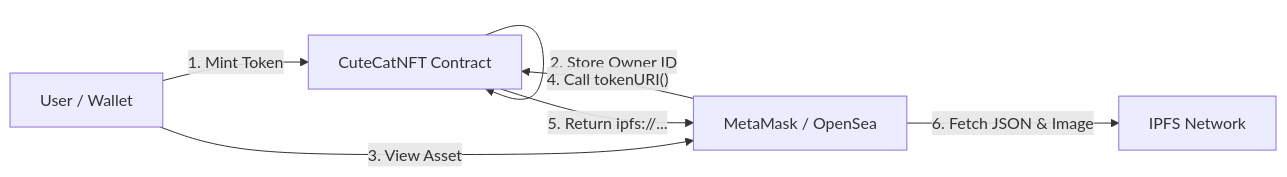
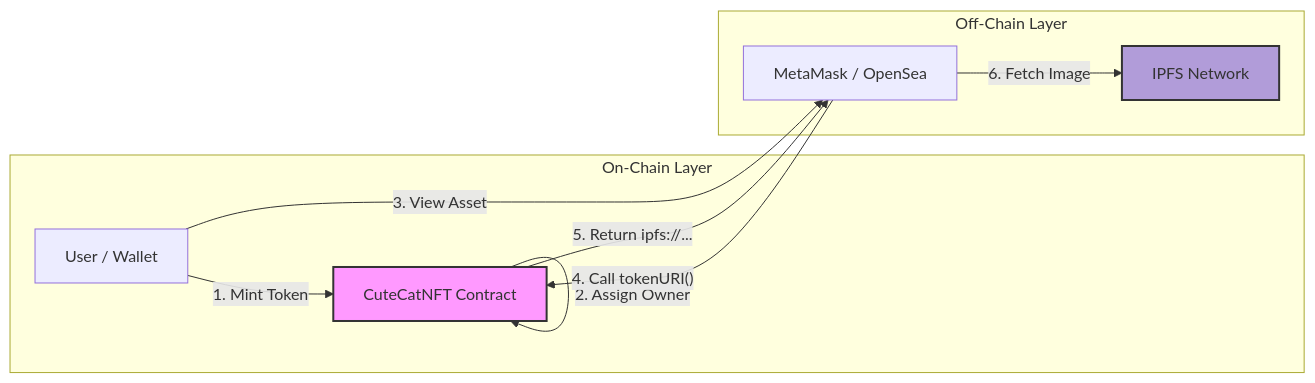
The diagram in README.md (NexTechArchitect/ERC721-Advanced-IPFS-NFT), drawn with Mermaid before and after one commit. The commit also changed other lines of this file, not shown here.

````diff
--- a/README.md
+++ b/README.md
@@ -50,16 +55,23 @@
 ```mermaid
 graph LR
     User["User / Wallet"]
     Contract["CuteCatNFT Contract"]
     IPFS["IPFS Network"]
     Display["MetaMask / OpenSea"]
 
-    User -- "1. Mint Token" --> Contract
-    Contract -- "2. Store Owner ID" --> Contract
-    
-    User -- "3. View Asset" --> Display
-    Display -- "4. Call tokenURI()" --> Contract
-    Contract -- "5. Return ipfs://..." --> Display
-    Display -- "6. Fetch JSON & Image" --> IPFS
+    subgraph "On-Chain Layer"
+      User -- "1. Mint Token" --> Contract
+      Contract -- "2. Assign Owner" --> Contract
+    end
+
+    subgraph "Off-Chain Layer"
+      User -- "3. View Asset" --> Display
+      Display -- "4. Call tokenURI()" --> Contract
+      Contract -- "5. Return ipfs://..." --> Display
+      Display -- "6. Fetch Image" --> IPFS
+    end
+
+    style Contract fill:#f9f,stroke:#333,stroke-width:2px
+    style IPFS fill:#b19cd9,stroke:#333,stroke-width:2px
 
 ```
````
